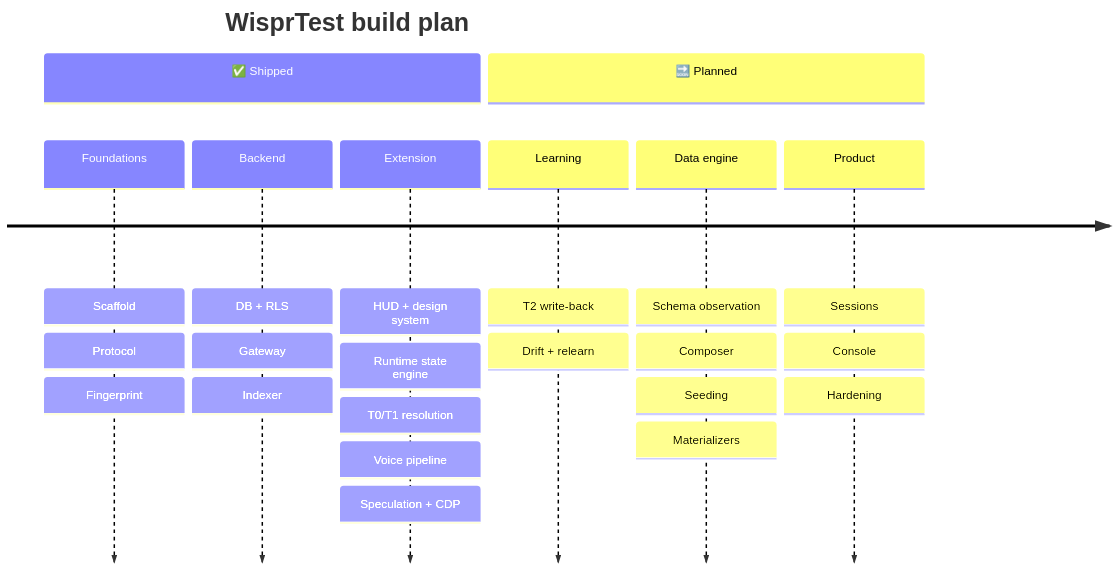
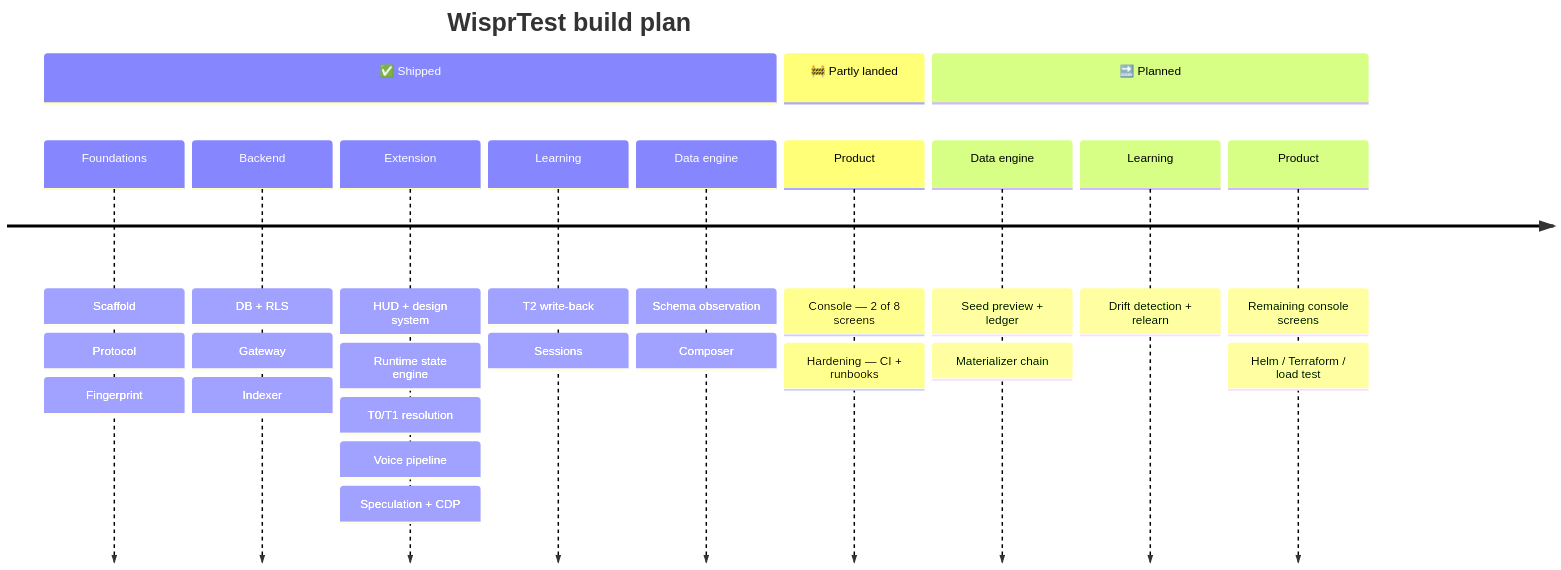
Before and after one commit to Rkcr007/wisprtest: the sixth of 6 diagrams in README.md, drawn with Mermaid. The commit also changed other lines of this file and 1 other file, not shown here.

````diff
--- a/README.md
+++ b/README.md
@@ -333,12 +342,16 @@
 ```mermaid
 timeline
     title WisprTest build plan
     section ✅ Shipped
         Foundations : Scaffold : Protocol : Fingerprint
         Backend : DB + RLS : Gateway : Indexer
         Extension : HUD + design system : Runtime state engine : T0/T1 resolution : Voice pipeline : Speculation + CDP
+        Learning : T2 write-back : Sessions
+        Data engine : Schema observation : Composer
+    section 🚧 Partly landed
+        Product : Console — 2 of 8 screens : Hardening — CI + runbooks
     section 🔜 Planned
-        Learning : T2 write-back : Drift + relearn
-        Data engine : Schema observation : Composer : Seeding : Materializers
-        Product : Sessions : Console : Hardening
+        Data engine : Seed preview + ledger : Materializer chain
+        Learning : Drift detection + relearn
+        Product : Remaining console screens : Helm / Terraform / load test
 ```
````
